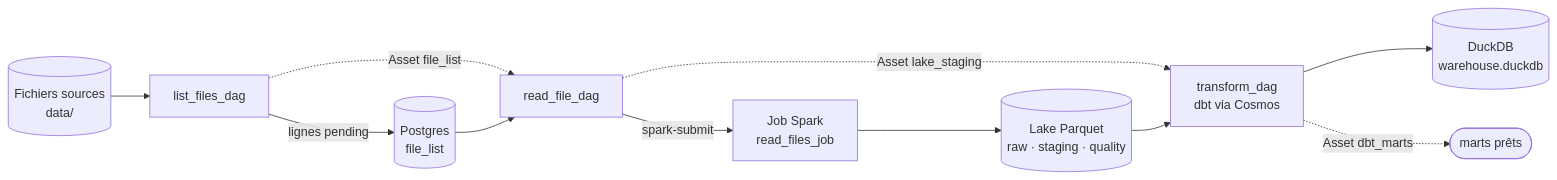
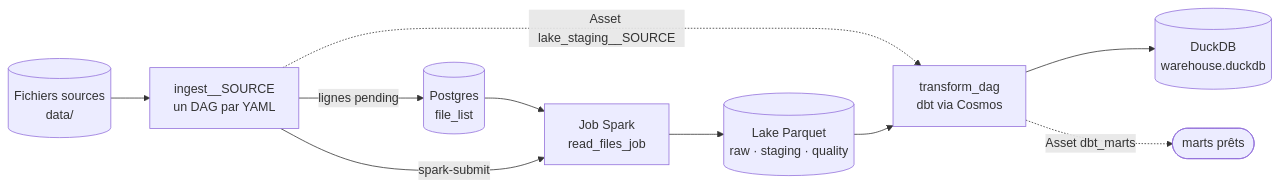
The diagram in docs/index.md (ledilypaul/airflow_project_one), drawn with Mermaid before and after one commit. The commit also changed other lines of this file and 69 other files, not shown here.

````diff
--- a/docs/index.md
+++ b/docs/index.md
@@ -8,13 +8,12 @@
 ```{mermaid}
 flowchart LR
-    src[("Fichiers sources<br/>data/")] --> L["list_files_dag"]
-    L -->|"lignes pending"| FL[("Postgres<br/>file_list")]
-    L -. "Asset file_list" .-> R["read_file_dag"]
-    FL --> R
-    R -->|"spark-submit"| J["Job Spark<br/>read_files_job"]
+    src[("Fichiers sources<br/>data/")] --> I["ingest__SOURCE<br/>un DAG par YAML"]
+    I -->|"lignes pending"| FL[("Postgres<br/>file_list")]
+    FL --> J
+    I -->|"spark-submit"| J["Job Spark<br/>read_files_job"]
     J --> Lake[("Lake Parquet<br/>raw · staging · quality")]
-    R -. "Asset lake_staging" .-> T["transform_dag<br/>dbt via Cosmos"]
+    I -. "Asset lake_staging__SOURCE" .-> T["transform_dag<br/>dbt via Cosmos"]
     Lake --> T
     T --> D[("DuckDB<br/>warehouse.duckdb")]
     T -. "Asset dbt_marts" .-> fin(["marts prêts"])
 ```
````
